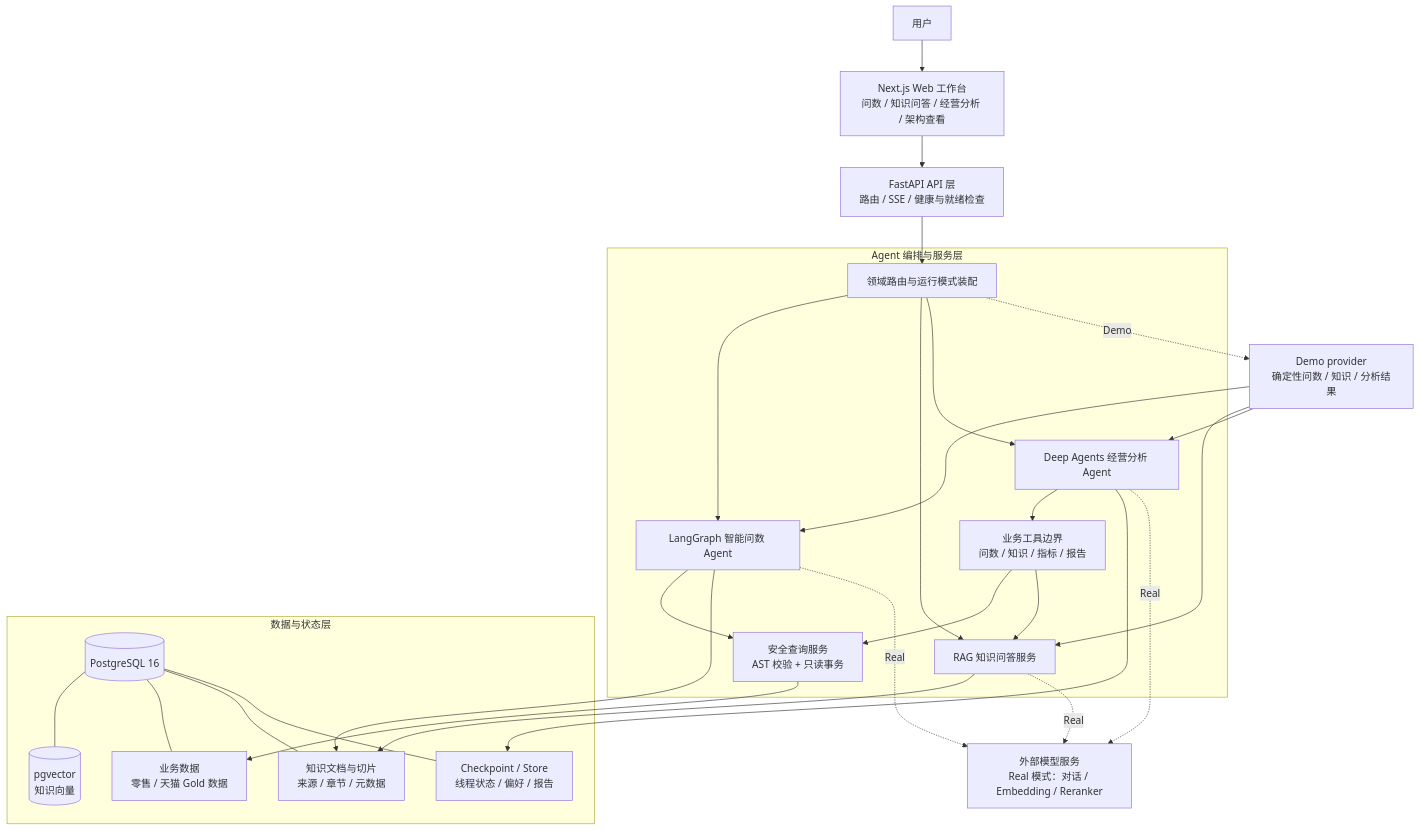
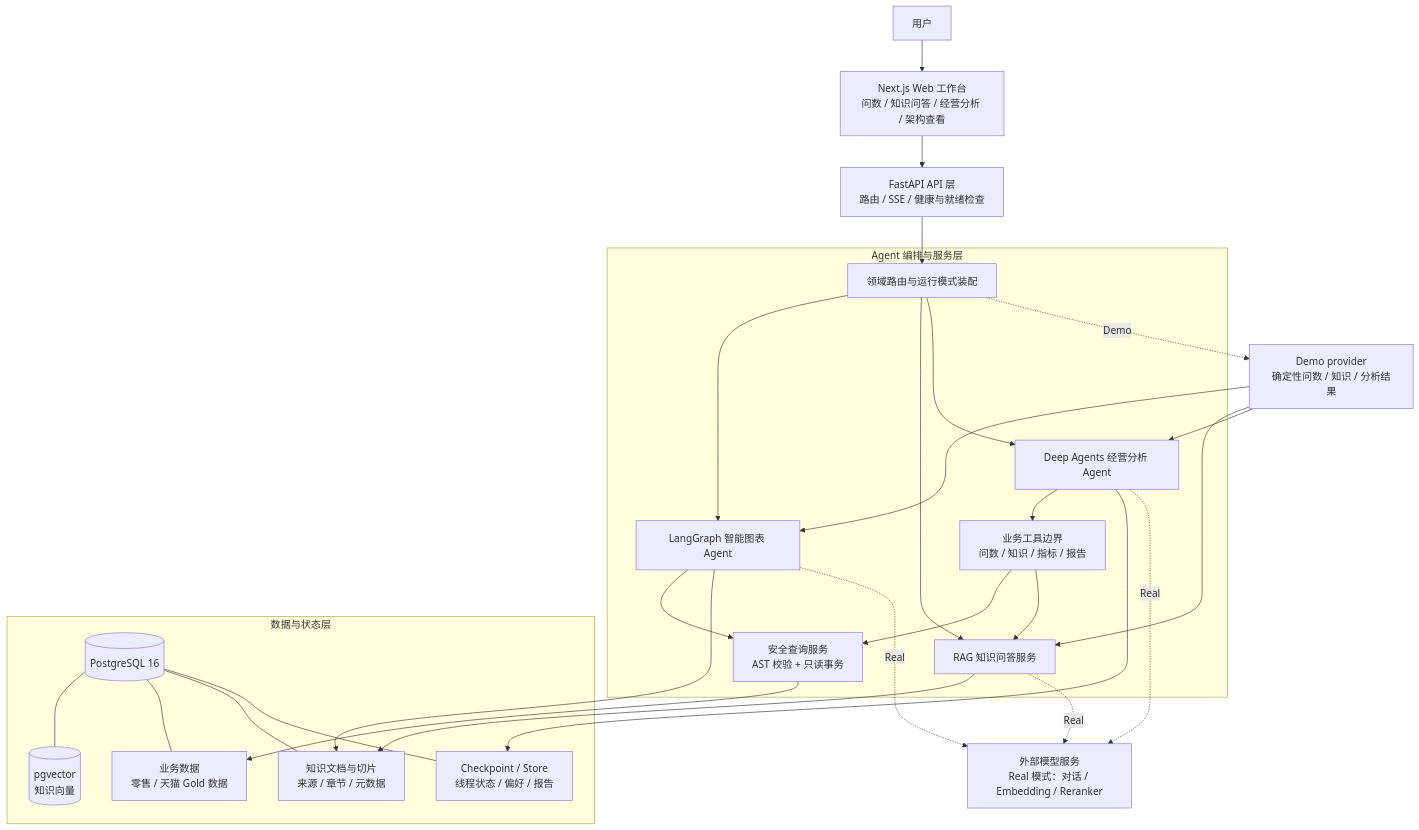
The first of 6 diagrams in docs/architecture.md (GanDaicheng/insightflow-agent-platform), drawn with Mermaid before and after one commit. The commit also changed other lines of this file and 80 other files, not shown here.

````diff
--- a/docs/architecture.md
+++ b/docs/architecture.md
@@ -9,50 +9,50 @@
 ```mermaid
 flowchart TB
     U[用户]
     UI[Next.js Web 工作台\n问数 / 知识问答 / 经营分析 / 架构查看]
     API[FastAPI API 层\n路由 / SSE / 健康与就绪检查]
 
     subgraph ORCH[Agent 编排与服务层]
         ROUTER[领域路由与运行模式装配]
-        DQ[LangGraph 智能问数 Agent]
+        DQ[LangGraph 智能图表 Agent]
         RAG[RAG 知识问答服务]
         BA[Deep Agents 经营分析 Agent]
         SAFE[安全查询服务\nAST 校验 + 只读事务]
         TOOLS[业务工具边界\n问数 / 知识 / 指标 / 报告]
     end
 
     subgraph DATA[数据与状态层]
         PG[(PostgreSQL 16)]
         VEC[(pgvector\n知识向量)]
         BIZ[业务数据\n零售 / 天猫 Gold 数据]
         KNOW[知识文档与切片\n来源 / 章节 / 元数据]
         STATE[Checkpoint / Store\n线程状态 / 偏好 / 报告]
     end
 
     MODEL[外部模型服务\nReal 模式：对话 / Embedding / Reranker]
     DEMO[Demo provider\n确定性问数 / 知识 / 分析结果]
 
     U --> UI --> API --> ROUTER
     ROUTER --> DQ
     ROUTER --> RAG
     ROUTER --> BA
     DQ --> SAFE
     BA --> TOOLS
     TOOLS --> SAFE
     TOOLS --> RAG
     SAFE --> BIZ
     RAG --> KNOW
     DQ --> KNOW
     BA --> STATE
     PG --- VEC
     PG --- BIZ
     PG --- KNOW
     PG --- STATE
     RAG -. Real .-> MODEL
     DQ -. Real .-> MODEL
     BA -. Real .-> MODEL
     ROUTER -. Demo .-> DEMO
     DEMO --> DQ
     DEMO --> RAG
     DEMO --> BA
 ```
````
